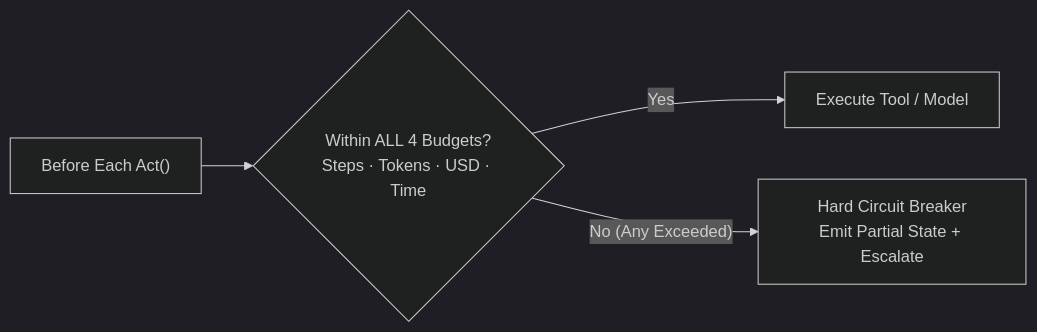
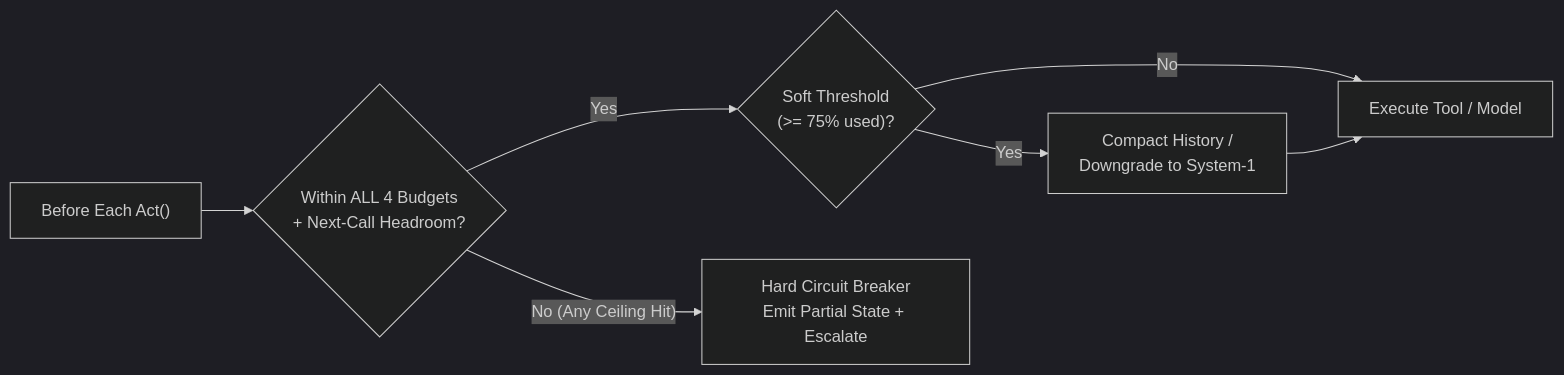
The first of 2 diagrams in Lecture 14 - Loop Engineering and A2A Protocol/notes/02_Bounded_Goal_Loops_and_Budget_Enforcement.md (Amie-dev/FDE-and-GenAI-Mastery), drawn with Mermaid (dark theme) before and after one commit. The commit also changed other lines of this file and 92 other files, not shown here.

````diff
--- a/Lecture 14 - Loop Engineering and A2A Protocol/notes/02_Bounded_Goal_Loops_and_Budget_Enforcement.md
+++ b/Lecture 14 - Loop Engineering and A2A Protocol/notes/02_Bounded_Goal_Loops_and_Budget_Enforcement.md
@@ -34,6 +35,9 @@
 ```mermaid
 flowchart LR
-    Step["Before Each Act()"] --> Check{"Within ALL 4 Budgets?<br/>Steps · Tokens · USD · Time"}
-    Check -->|"Yes"| Run["Execute Tool / Model"]
-    Check -->|"No (Any Exceeded)"| Halt["Hard Circuit Breaker<br/>Emit Partial State + Escalate"]
+    Step["Before Each Act()"] --> Check{"Within ALL 4 Budgets<br/>+ Next-Call Headroom?"}
+    Check -->|"Yes"| Soft{"Soft Threshold<br/>(>= 75% used)?"}
+    Soft -->|"No"| Run["Execute Tool / Model"]
+    Soft -->|"Yes"| Compact["Compact History /<br/>Downgrade to System-1"]
+    Compact --> Run
+    Check -->|"No (Any Ceiling Hit)"| Halt["Hard Circuit Breaker<br/>Emit Partial State + Escalate"]
 ```
````
